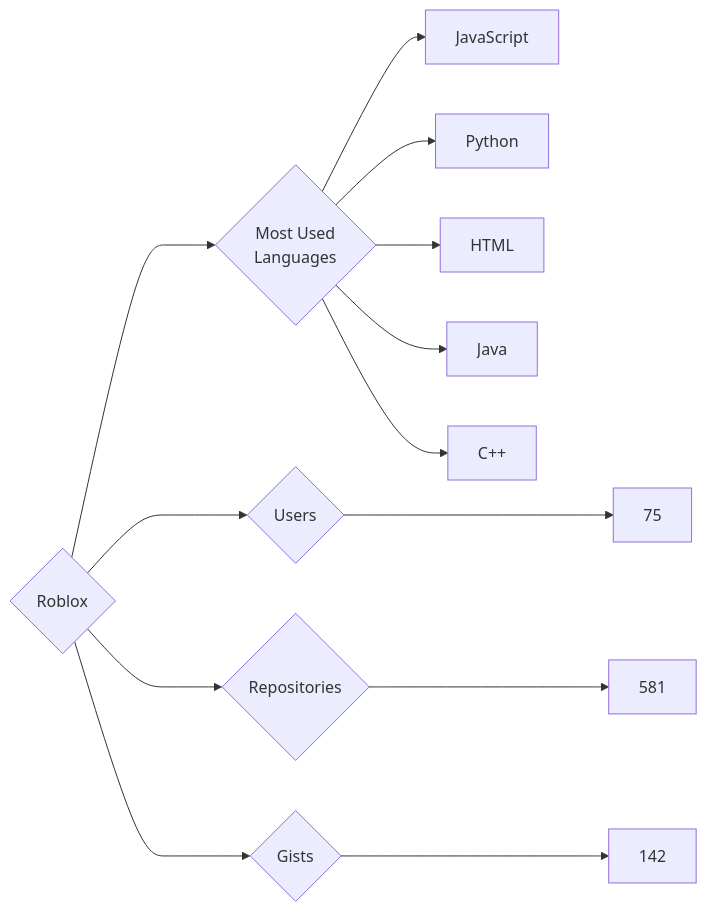
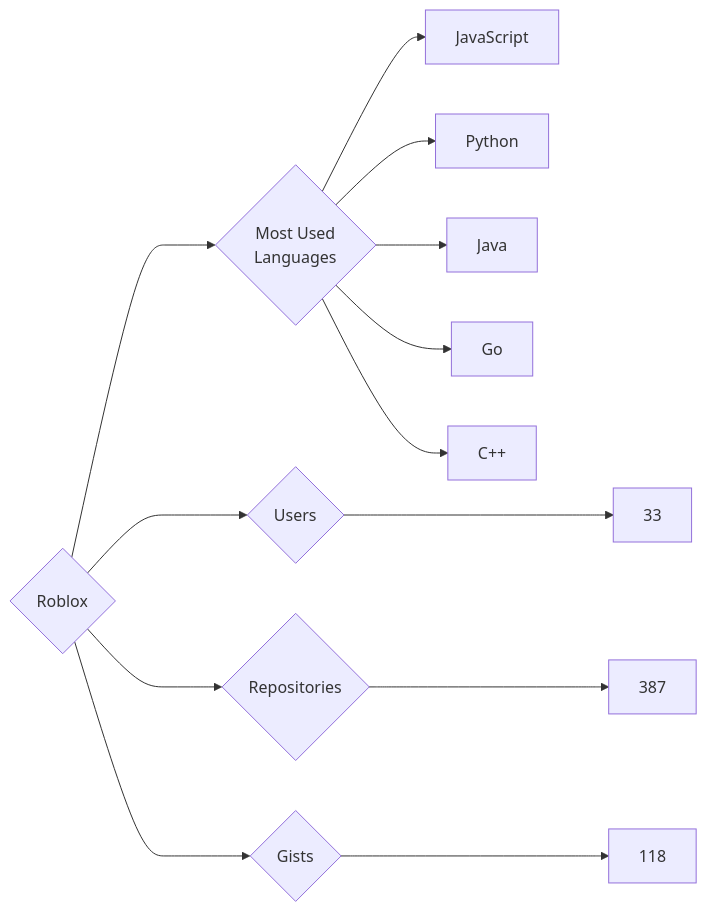
One commit to trickest/insiders changed the diagram in targets/Roblox/README.md. Above: the diagram before and after it, drawn with Mermaid. The commit also changed 773 other files, not shown here.

````diff
--- a/targets/Roblox/README.md
+++ b/targets/Roblox/README.md
@@ -3,13 +3,13 @@
 ```mermaid
 graph LR
 COMPANY_NAME{Roblox}
-COMPANY_NAME ---> U{Users} ---> UN[75]
-COMPANY_NAME ---> R{Repositories} ---> RN[581]
-COMPANY_NAME ---> G{Gists} ---> GN[142]
+COMPANY_NAME ---> U{Users} ---> UN[33]
+COMPANY_NAME ---> R{Repositories} ---> RN[387]
+COMPANY_NAME ---> G{Gists} ---> GN[118]
 COMPANY_NAME ---> ML{Most Used<br>Languages}
 ML --> JavaScript[JavaScript]
 ML --> Python[Python]
-ML --> HTML[HTML]
 ML --> Java[Java]
+ML --> Go[Go]
 ML --> C++[C++]
 ```
````
